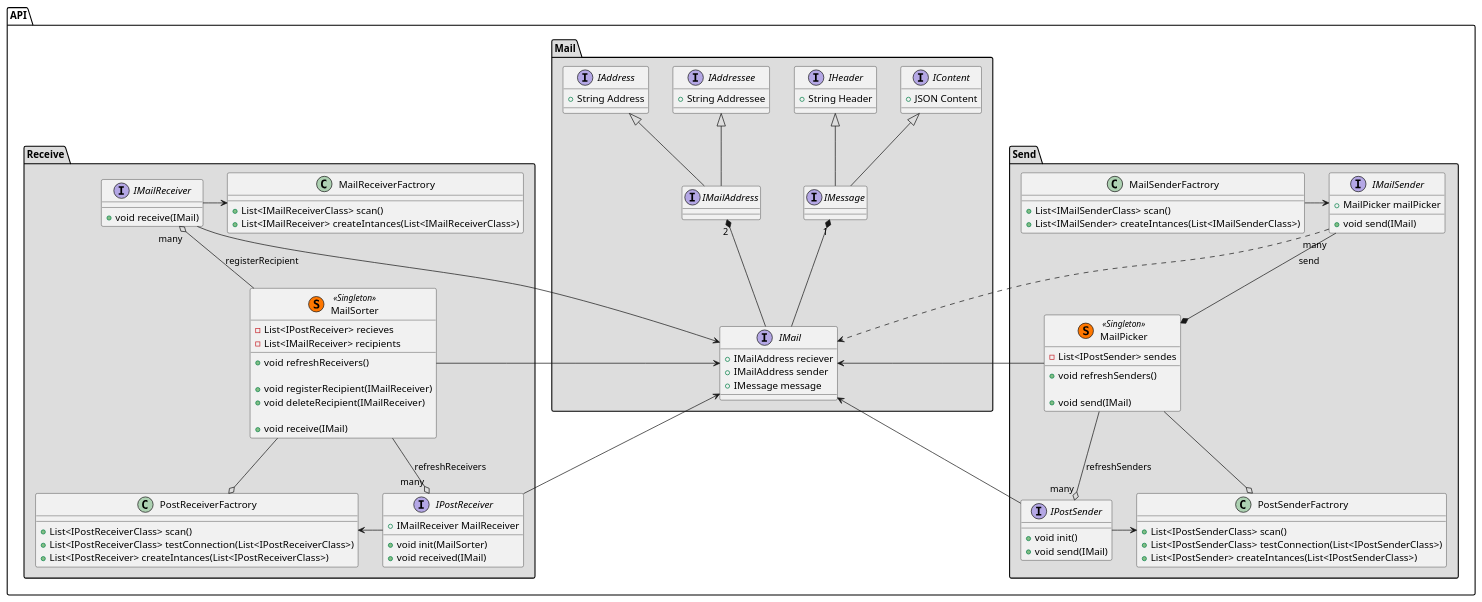
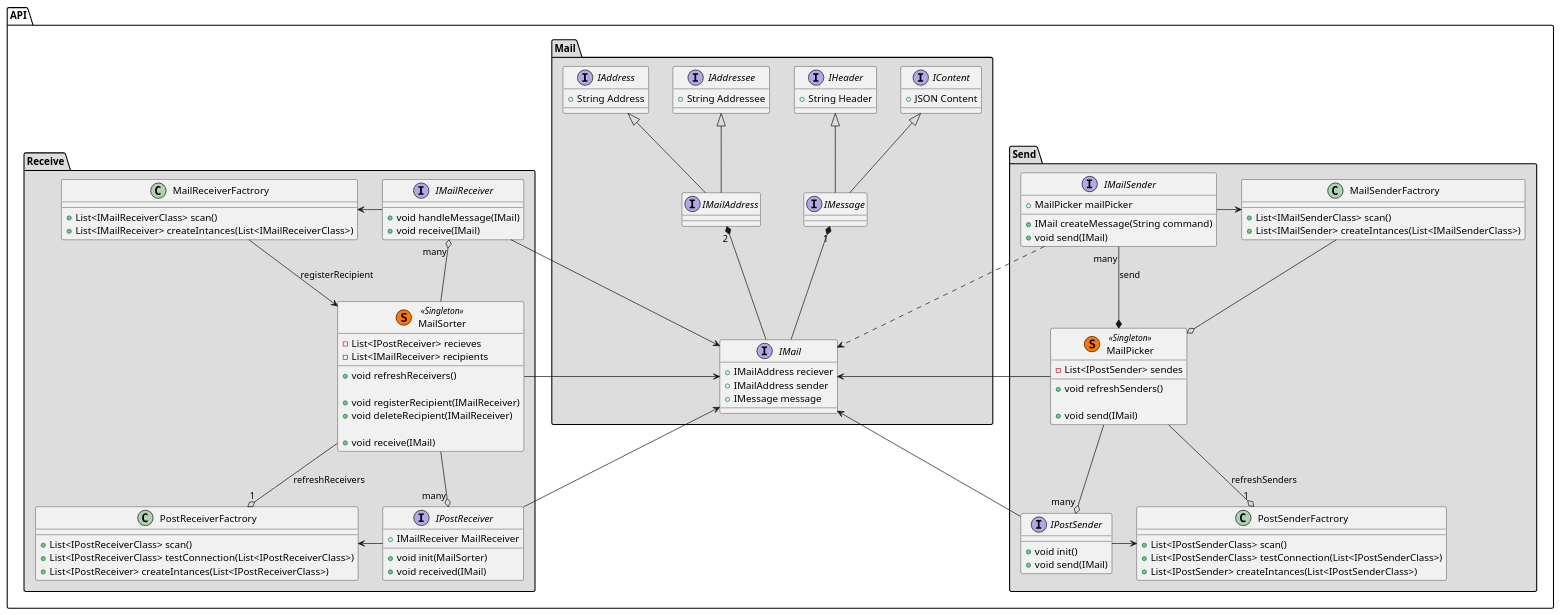
The diagram in src/API/Diagram/API.Core.Diagram.puml (DenisGeek/soerbot), drawn with PlantUML before and after one commit.

Commit message:
IMailReceiver added method void handleMessage(IMail) IMailSender added method IMail createMessage(String command)

```diff
--- a/src/API/Diagram/API.Core.Diagram.puml
+++ b/src/API/Diagram/API.Core.Diagram.puml
@@ -1,149 +1,151 @@
 @startuml
 scale 1
 ' skinparam classAttributeIconSize 0
 
 namespace API.Mail #DDDDDD {
     IMailAddress "2" *-- IMail
     IMessage "1" *-- IMail
 
     IContent <|-- IMessage
     IHeader <|-- IMessage
     IAddressee <|-- IMailAddress
     IAddress <|-- IMailAddress
 
     interface IAddress
     {
         + String Address 
     }
     interface IAddressee
     {
         + String Addressee
     } 
 
     interface IMailAddress
     {
     }
 
     interface IHeader
     {
         + String Header 
     }
     interface IContent
     {
         + JSON Content
     }
     interface IMessage
     {
     }
     interface IMail
     {
         + IMailAddress reciever
         + IMailAddress sender
         + IMessage message
     }
 }
 
 namespace API.Send #DDDDDD {
     interface IMailSender
     {
         + MailPicker mailPicker
+        + IMail createMessage(String command)
         + void send(IMail)
     }
     class MailPicker << (S,#FF7700) Singleton >>
     {
         - List<IPostSender> sendes
         + void refreshSenders()
 
         + void send(IMail)
     }
     interface IPostSender
     {
         + void init()
         + void send(IMail)
     }
     class MailSenderFactrory
     {
         + List<IMailSenderClass> scan()
         + List<IMailSender> createIntances(List<IMailSenderClass>)
     }
     class PostSenderFactrory
     {
         + List<IPostSenderClass> scan()
         + List<IPostSenderClass> testConnection(List<IPostSenderClass>)
         + List<IPostSender> createIntances(List<IPostSenderClass>)
     }
-
-    MailSenderFactrory -> IMailSender
+    MailSenderFactrory --o MailPicker
+    MailSenderFactrory <- IMailSender
     IMailSender ..> API.Mail.IMail
     IMailSender "many" --* MailPicker :send
     MailPicker --> API.Mail.IMail
-    MailPicker --o PostSenderFactrory
-    MailPicker --o "many" IPostSender :refreshSenders
+    MailPicker --o "1" PostSenderFactrory :refreshSenders
+    MailPicker --o "many" IPostSender
     API.Mail.IMail <-- IPostSender
     IPostSender -> PostSenderFactrory
 }
 
 
 namespace API.Receive #DDDDDD {
     interface IMailReceiver
     {
+        + void handleMessage(IMail)
         + void receive(IMail)
     }
     class MailSorter << (S,#FF7700) Singleton >>
     {
         - List<IPostReceiver> recieves
         - List<IMailReceiver> recipients
         + void refreshReceivers()
  
         + void registerRecipient(IMailReceiver)
         + void deleteRecipient(IMailReceiver)
 
        + void receive(IMail)
     }
     interface IPostReceiver
     {
         + IMailReceiver MailReceiver
         + void init(MailSorter)
         + void received(IMail)
     }
     class MailReceiverFactrory
     {
         + List<IMailReceiverClass> scan()
         + List<IMailReceiver> createIntances(List<IMailReceiverClass>)
     }
     class PostReceiverFactrory
     {
         + List<IPostReceiverClass> scan()
         + List<IPostReceiverClass> testConnection(List<IPostReceiverClass>)
         + List<IPostReceiver> createIntances(List<IPostReceiverClass>)
     }
-
+    MailReceiverFactrory --> MailSorter : registerRecipient
     IMailReceiver -> MailReceiverFactrory
     IMailReceiver --> API.Mail.IMail
-    IMailReceiver "many" o-- MailSorter : registerRecipient
+    IMailReceiver "many" o-- MailSorter
     MailSorter --> API.Mail.IMail
-    MailSorter --o PostReceiverFactrory
-    MailSorter --o "many" IPostReceiver : refreshReceivers
+    MailSorter --o "1" PostReceiverFactrory : refreshReceivers
+    MailSorter --o "many" IPostReceiver
     API.Mail.IMail <-- IPostReceiver
     IPostReceiver -> PostReceiverFactrory
 }
 
 
 
 
 
 
 
 ' interface IMailHandler
 ' {
 ' }
 ' IMailHandler <|-- IMailReceiver
 ' IMailHandler <|-- IMailSender
 
 ' interface IPostHandler
 ' {
 ' }
 ' IPostReceiver --|> IPostHandler
 ' IPostSender  --|> IPostHandler
 
 @enduml
```
